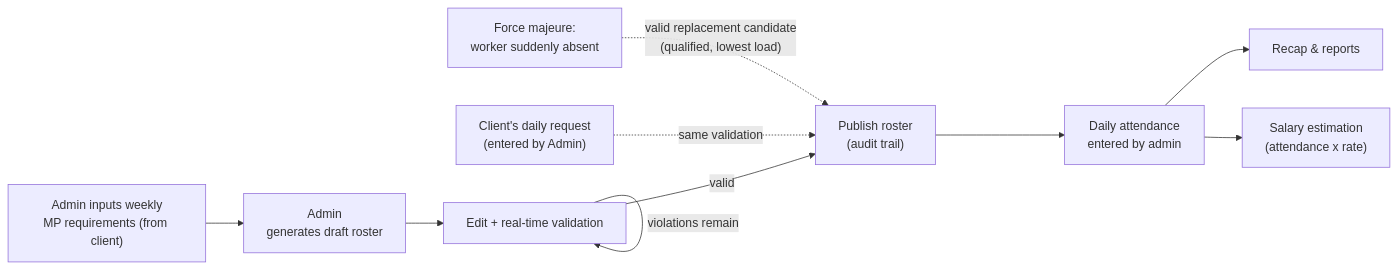
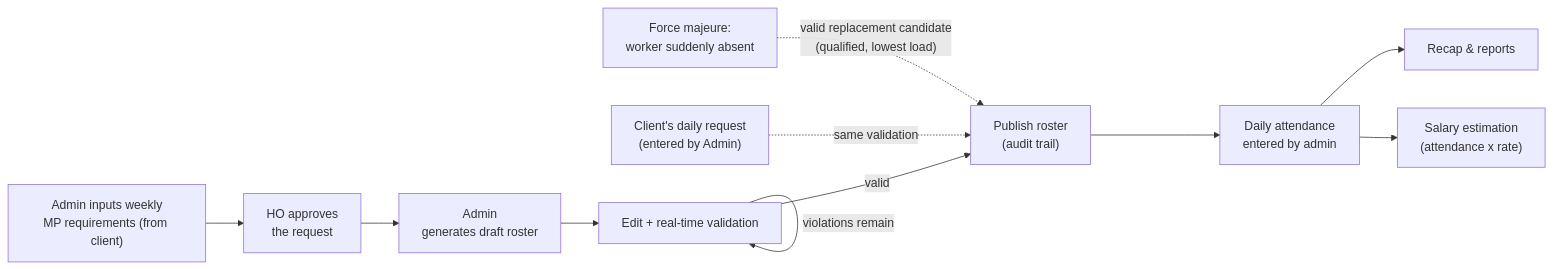
One commit to XOIntern/Shiftly changed the fifth of 5 diagrams in docs/architecture.md. Above: the diagram before and after it, drawn with Mermaid. The commit also changed other lines of this file, not shown here.

Commit message:
docs(architecture): describe the request approval lifecycle

````diff
--- a/docs/architecture.md
+++ b/docs/architecture.md
@@ -315,13 +315,14 @@
 ```mermaid
 flowchart LR
-    A["Admin inputs weekly<br/>MP requirements (from client)"] --> B["Admin<br/>generates draft roster"]
+    A["Admin inputs weekly<br/>MP requirements (from client)"] --> A2["HO approves<br/>the request"]
+    A2 --> B["Admin<br/>generates draft roster"]
     B --> C["Edit + real-time validation"]
     C -->|violations remain| C
     C -->|valid| D["Publish roster<br/>(audit trail)"]
     D --> E["Daily attendance<br/>entered by admin"]
     E --> F["Recap & reports"]
     E --> G["Salary estimation<br/>(attendance x rate)"]
 
     H["Client's daily request<br/>(entered by Admin)"] -.->|same validation| D
     I["Force majeure:<br/>worker suddenly absent"] -.->|"valid replacement candidate<br/>(qualified, lowest load)"| D
 ```
````
